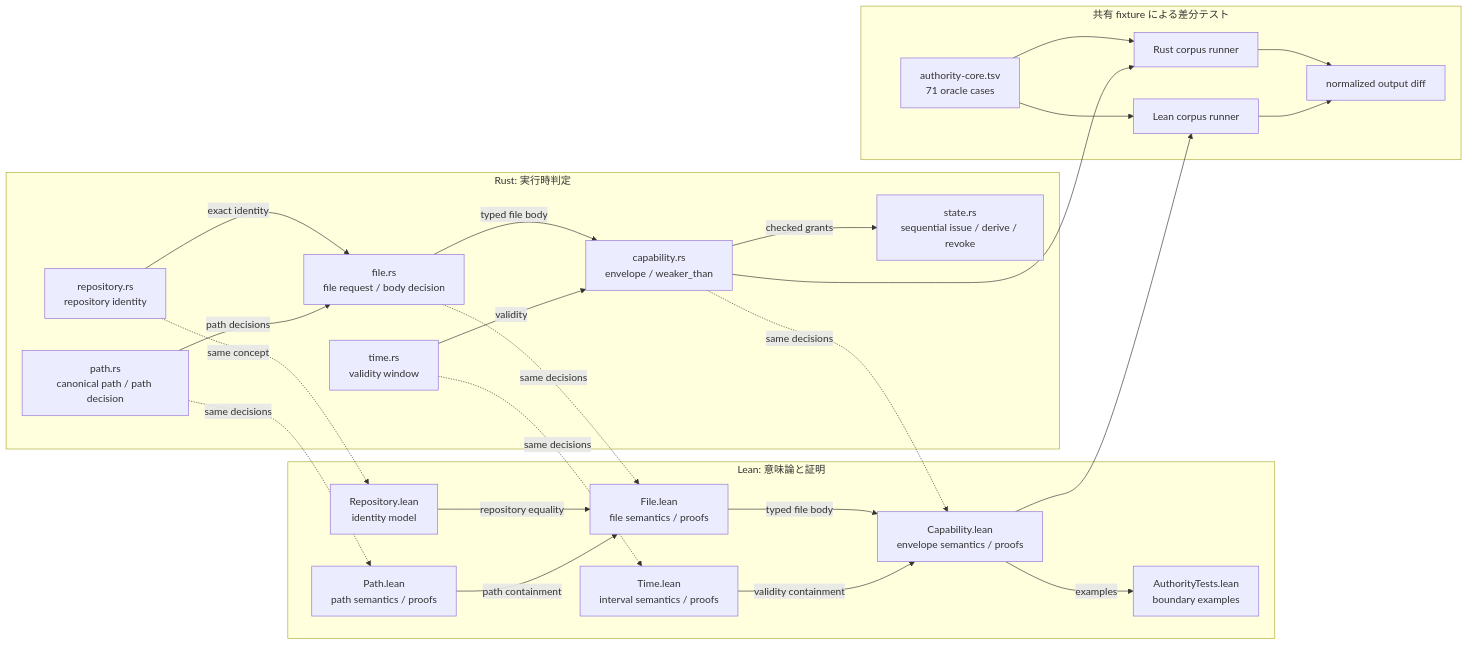
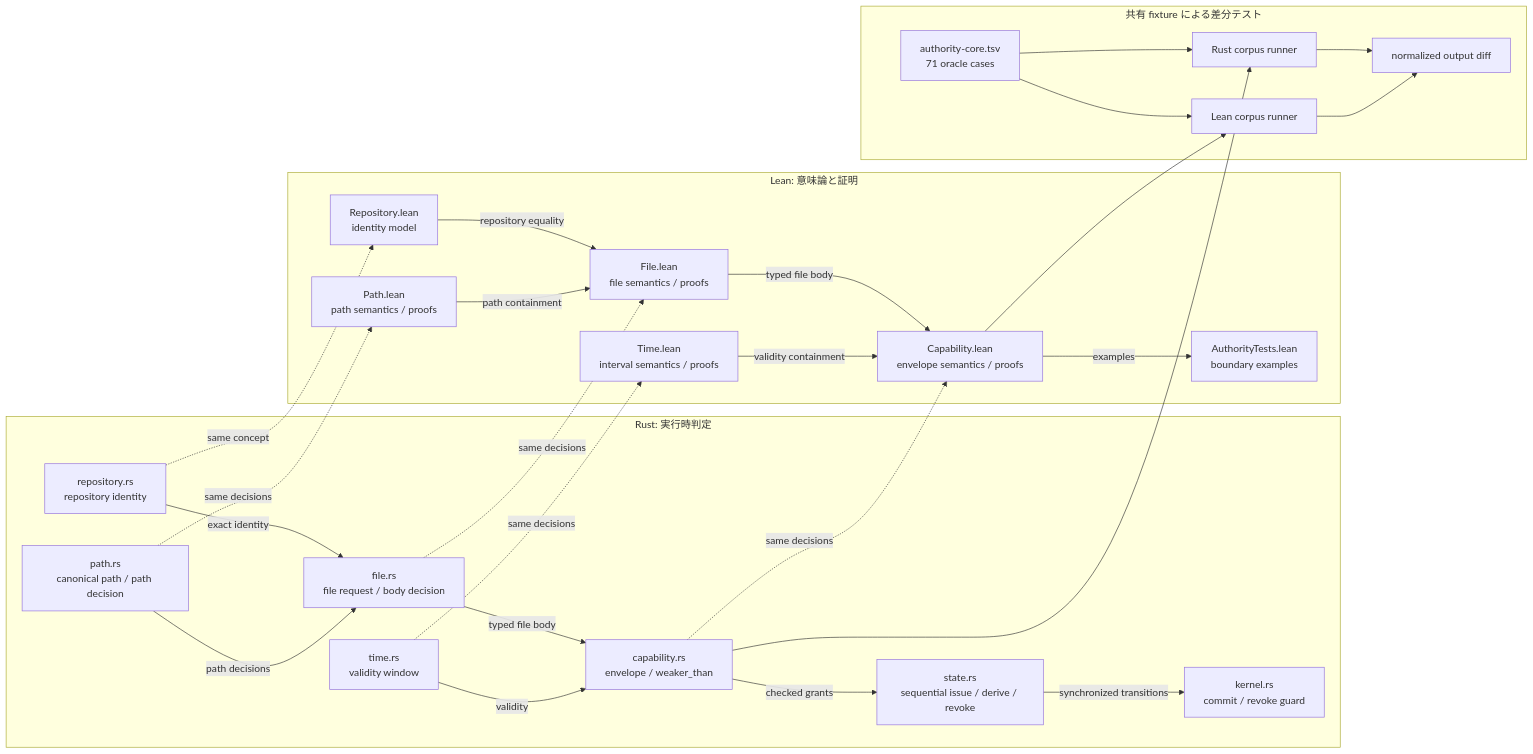
The first of 2 diagrams in docs/authority-core/README.md (Aqua-218/SecCamp-AIAgent), drawn with Mermaid before and after one commit. The commit also changed other lines of this file and 10 other files, not shown here.

````diff
--- a/docs/authority-core/README.md
+++ b/docs/authority-core/README.md
@@ -28,49 +28,51 @@
 ```mermaid
 flowchart LR
     subgraph rust["Rust: 実行時判定"]
         rustRepo["repository.rs<br/>repository identity"]
         rustPath["path.rs<br/>canonical path / path decision"]
         rustFile["file.rs<br/>file request / body decision"]
         rustTime["time.rs<br/>validity window"]
         rustCap["capability.rs<br/>envelope / weaker_than"]
         rustState["state.rs<br/>sequential issue / derive / revoke"]
+        rustKernel["kernel.rs<br/>commit / revoke guard"]
         rustRepo -->|"exact identity"| rustFile
         rustPath -->|"path decisions"| rustFile
         rustFile -->|"typed file body"| rustCap
         rustTime -->|"validity"| rustCap
         rustCap -->|"checked grants"| rustState
+        rustState -->|"synchronized transitions"| rustKernel
     end
 
     subgraph lean["Lean: 意味論と証明"]
         leanRepo["Repository.lean<br/>identity model"]
         leanPath["Path.lean<br/>path semantics / proofs"]
         leanFile["File.lean<br/>file semantics / proofs"]
         leanTime["Time.lean<br/>interval semantics / proofs"]
         leanCap["Capability.lean<br/>envelope semantics / proofs"]
         leanTests["AuthorityTests.lean<br/>boundary examples"]
         leanRepo -->|"repository equality"| leanFile
         leanPath -->|"path containment"| leanFile
         leanFile -->|"typed file body"| leanCap
         leanTime -->|"validity containment"| leanCap
         leanCap -->|"examples"| leanTests
     end
 
     subgraph differential["共有 fixture による差分テスト"]
         corpus["authority-core.tsv<br/>71 oracle cases"]
         rustRunner["Rust corpus runner"]
         leanRunner["Lean corpus runner"]
         compare["normalized output diff"]
         corpus --> rustRunner
         corpus --> leanRunner
         rustRunner --> compare
         leanRunner --> compare
     end
 
     rustRepo -.->|"same concept"| leanRepo
     rustPath -.->|"same decisions"| leanPath
     rustFile -.->|"same decisions"| leanFile
     rustTime -.->|"same decisions"| leanTime
     rustCap -.->|"same decisions"| leanCap
     rustCap --> rustRunner
     leanCap --> leanRunner
 ```
````
